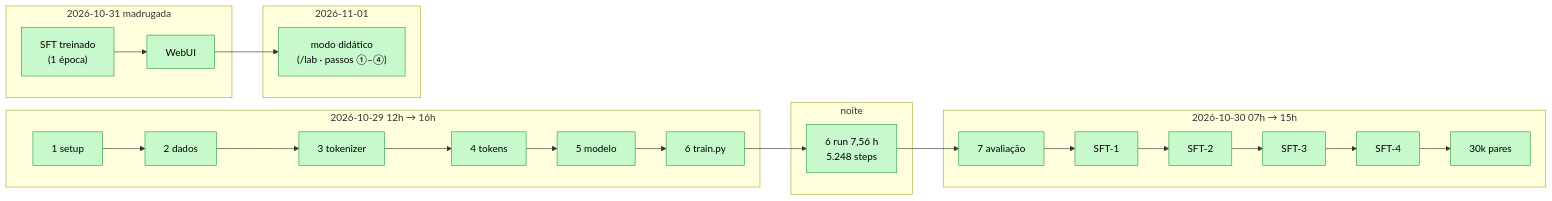
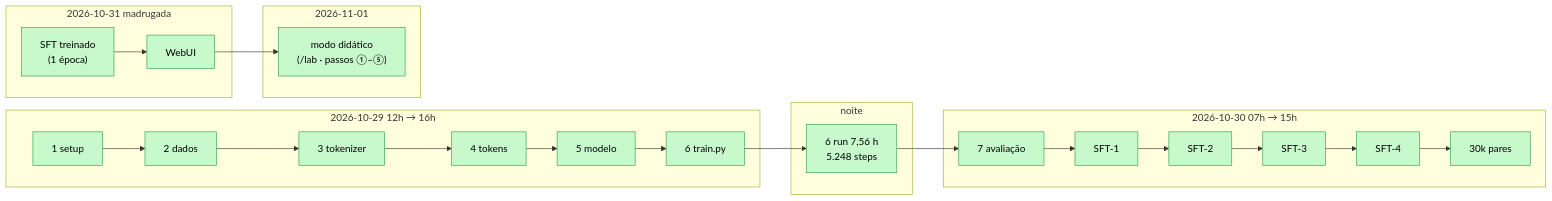
One commit to marcelogsouza/pingo changed the diagram in docs/00-projeto/Linha do tempo.md. Above: the diagram before and after it, drawn with Mermaid. The commit also changed other lines of this file and 9 other files, not shown here.

````diff
--- a/docs/00-projeto/Linha do tempo.md
+++ b/docs/00-projeto/Linha do tempo.md
@@ -98,24 +100,24 @@
 ```mermaid
 flowchart LR
     subgraph "2026-10-29 12h → 16h"
         p1["1 setup"] --> p2["2 dados"] --> p3["3 tokenizer"] --> p4["4 tokens"] --> p5["5 modelo"] --> p6a["6 train.py"]
     end
     subgraph "noite"
         p6b["6 run 7,56 h<br/>5.248 steps"]
     end
     subgraph "2026-10-30 07h → 15h"
         p7["7 avaliação"] --> sft1["SFT-1"] --> sft2["SFT-2"] --> sft3["SFT-3"] --> sft4["SFT-4"] --> ds["30k pares"]
     end
     subgraph "2026-10-31 madrugada"
         sft5["SFT treinado<br/>(1 época)"] --> wui["WebUI"]
     end
     subgraph "2026-11-01"
-        lab["modo didático<br/>(/lab · passos ①–④)"]
+        lab["modo didático<br/>(/lab · passos ①–⑤)"]
     end
     p6a --> p6b --> p7
     wui --> lab
 
     classDef feito fill:#c7f9cc,stroke:#2f9e44,color:#000
     classDef rodando fill:#fff3bf,stroke:#f08c00,color:#000
     class p1,p2,p3,p4,p5,p6a,p6b,p7,sft1,sft2,sft3,sft4,ds,sft5,wui,lab feito
 ```
````
